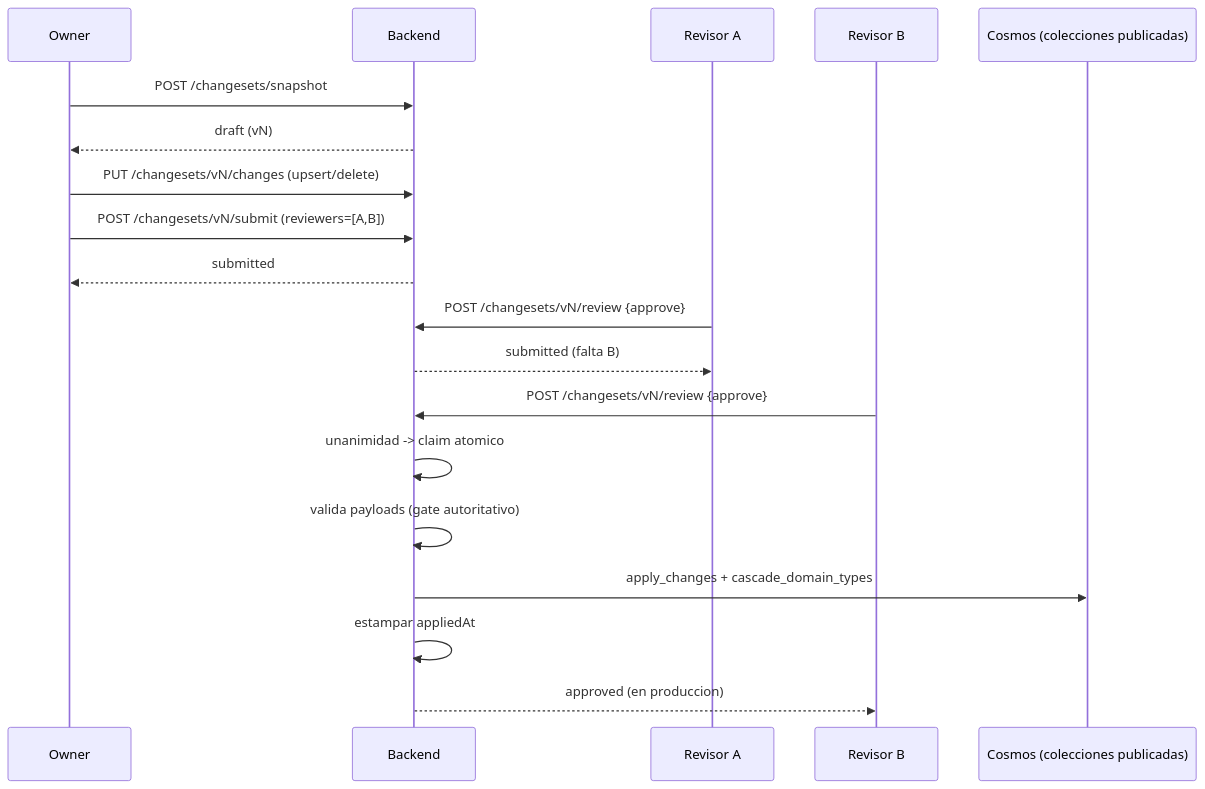
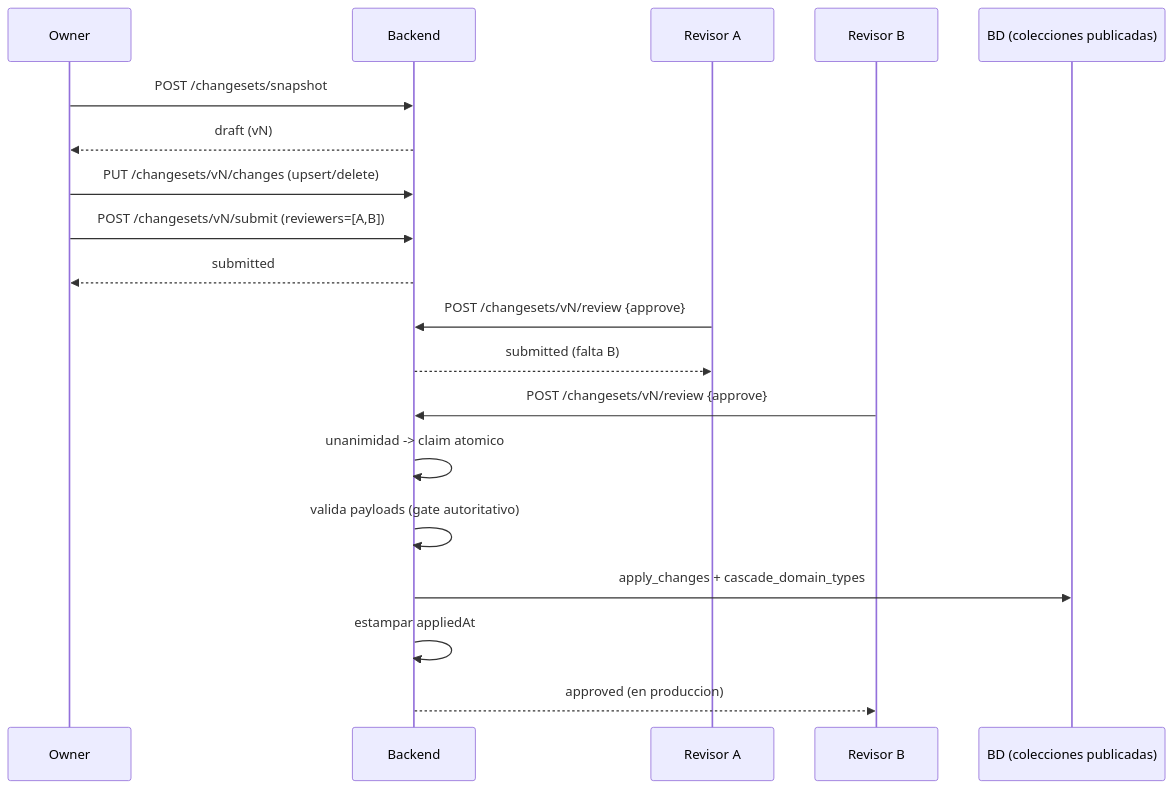
Before and after one commit to Carlosmps97/backend-data-model-hub: the seventh of 9 diagrams in doc/api-contract.md, drawn with Mermaid. The commit also changed other lines of this file and 8 other files, not shown here.

````diff
--- a/doc/api-contract.md
+++ b/doc/api-contract.md
@@ -2154,22 +2656,22 @@
 ```mermaid
 sequenceDiagram
     participant O as Owner
     participant API as Backend
     participant R1 as Revisor A
     participant R2 as Revisor B
-    participant DB as Cosmos (colecciones publicadas)
+    participant DB as BD (colecciones publicadas)
 
     O->>API: POST /changesets/snapshot
     API-->>O: draft (vN)
     O->>API: PUT /changesets/vN/changes (upsert/delete)
     O->>API: POST /changesets/vN/submit (reviewers=[A,B])
     API-->>O: submitted
     R1->>API: POST /changesets/vN/review {approve}
     API-->>R1: submitted (falta B)
     R2->>API: POST /changesets/vN/review {approve}
     API->>API: unanimidad -> claim atomico
     API->>API: valida payloads (gate autoritativo)
     API->>DB: apply_changes + cascade_domain_types
     API->>API: estampar appliedAt
     API-->>R2: approved (en produccion)
 ```
````
